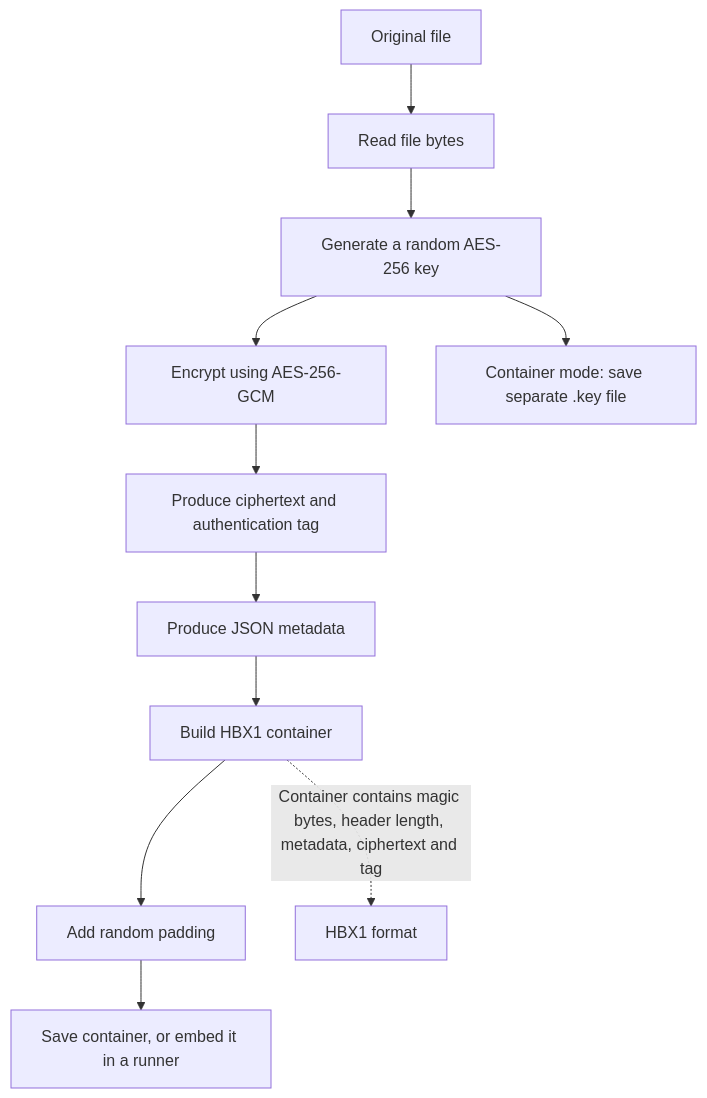
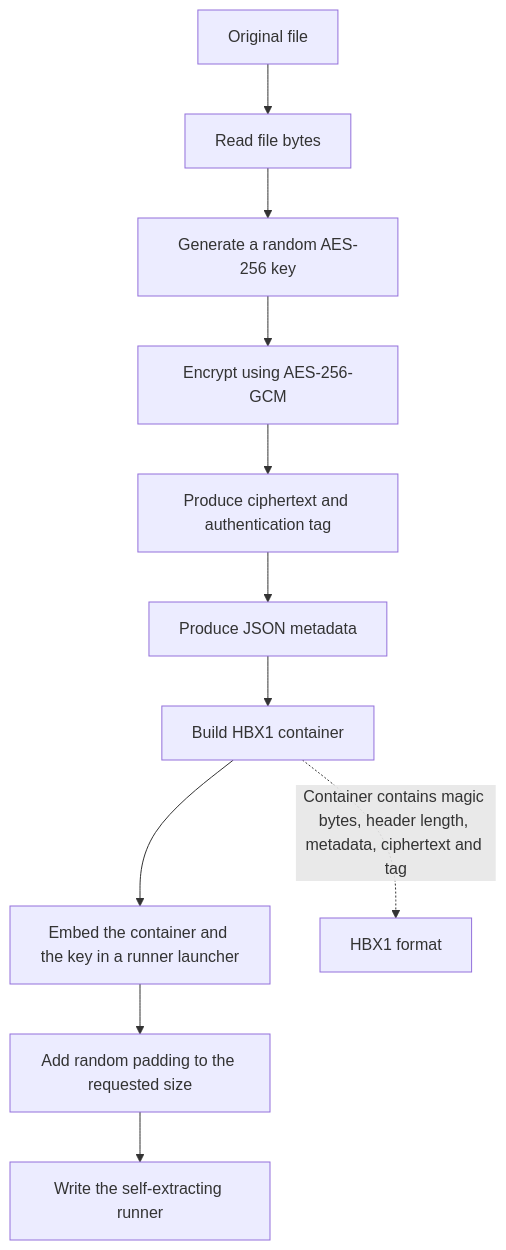
The first of 8 diagrams in README.md (fahdaguenouz/hidden-bytes), drawn with Mermaid before and after one commit. The commit also changed other lines of this file, not shown here.

````diff
--- a/README.md
+++ b/README.md
@@ -58,14 +58,14 @@
 ```mermaid
 flowchart TD
     A["Original file"] --> B["Read file bytes"]
     B --> C["Generate a random AES-256 key"]
     C --> D["Encrypt using AES-256-GCM"]
     D --> E["Produce ciphertext and authentication tag"]
     E --> F["Produce JSON metadata"]
     F --> G["Build HBX1 container"]
-    G --> H["Add random padding"]
-    H --> I["Save container, or embed it in a runner"]
-    C --> J["Container mode: save separate .key file"]
+    G --> H["Embed the container and the key in a runner launcher"]
+    H --> I["Add random padding to the requested size"]
+    I --> K2["Write the self-extracting runner"]
 
     G -. "Container contains magic bytes, header length, metadata, ciphertext and tag" .-> K["HBX1 format"]
 ```
````
